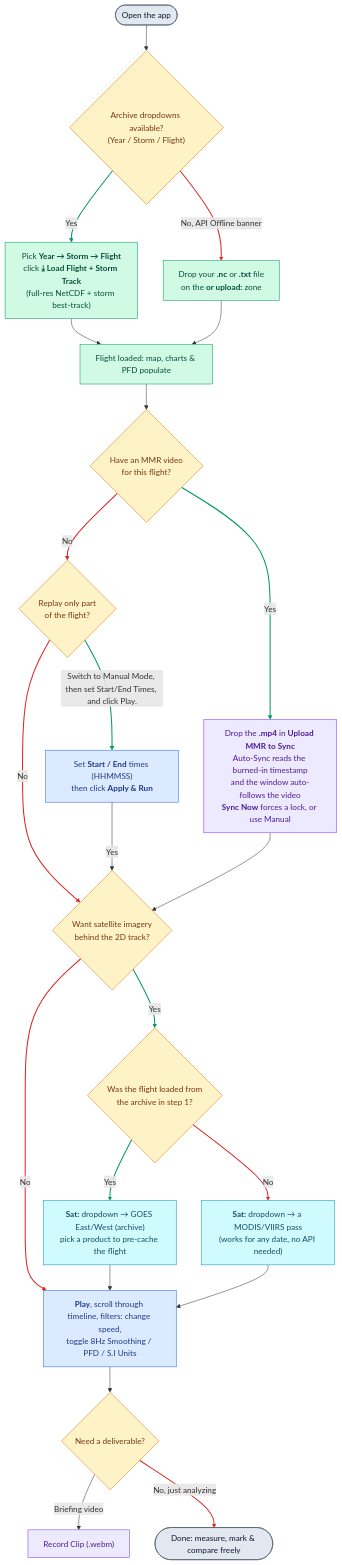
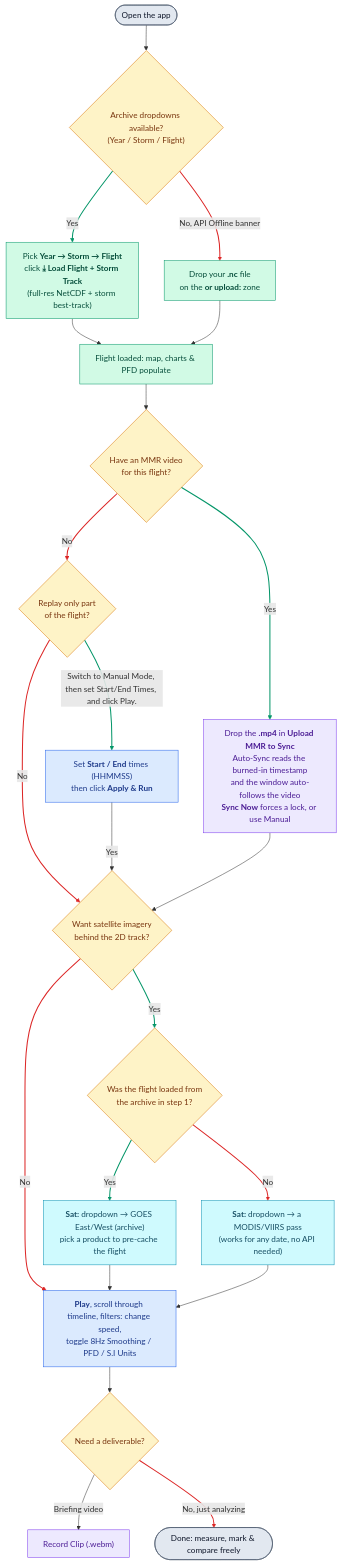
The diagram in README.md (diegoxb07/AOCVisualizer), drawn with Mermaid before and after one commit. The commit also changed other lines of this file and 10 other files, not shown here.

````diff
--- a/README.md
+++ b/README.md
@@ -17,40 +17,40 @@
 ```mermaid
 flowchart TD
     START(["Open the app"]) --> ARCHIVE{"Archive dropdowns available?<br>(Year / Storm / Flight)"}
     ARCHIVE -- "Yes" --> LOADARC["Pick <b>Year → Storm → Flight</b><br>click <b>⤓ Load Flight + Storm Track</b><br>(full-res NetCDF + storm best-track)"]
-    ARCHIVE -- "No, API Offline banner" --> UPLOAD["Drop your <b>.nc</b> or <b>.txt</b> file<br>on the <b>or upload:</b> zone"]
+    ARCHIVE -- "No, API Offline banner" --> UPLOAD["Drop your <b>.nc</b> file<br>on the <b>or upload:</b> zone"]
     LOADARC --> LOADED["Flight loaded: map, charts & PFD populate"]
     UPLOAD --> LOADED
     LOADED --> MMR{"Have an MMR video<br>for this flight?"}
     MMR -- "Yes" --> VIDEO["Drop the <b>.mp4</b> in <b>Upload MMR to Sync</b><br>Auto-Sync reads the burned-in timestamp<br>and the window auto-follows the video<br><b>Sync Now</b> forces a lock, or use Manual"]
     MMR -- "No" --> WINDOW{"Replay only part<br>of the flight?"}
     WINDOW -- "Switch to Manual Mode, then set Start/End Times, and click Play." --> TRIM["Set <b>Start / End</b> times (HHMMSS)<br>then click <b>Apply & Run</b>"]
     WINDOW -- "No" --> SAT{"Want satellite imagery<br>behind the 2D track?"}
     TRIM -- "Yes" --> SAT
     VIDEO --> SAT
     SAT -- "Yes" --> FROMARC{"Was the flight loaded from<br>the archive in step 1?"}
     FROMARC -- "Yes" --> SATGOES["<b>Sat:</b> dropdown → GOES East/West (archive)<br>pick a product to pre-cache the flight"]
     FROMARC -- "No" --> SATPOLAR["<b>Sat:</b> dropdown → a MODIS/VIIRS pass<br>(works for any date, no API needed)"]
     SAT -- "No" --> PLAY["<b>Play</b>, scroll through timeline, filters: change speed,<br>toggle 8Hz Smoothing / PFD / S.I Units"]
     SATGOES --> PLAY
     SATPOLAR --> PLAY
     PLAY --> EXPORT{"Need a deliverable?"}
     EXPORT -- "Briefing video" --> CLIP["Record Clip (.webm)"]
     EXPORT -- "No, just analyzing" --> DONE(["Done: measure, mark & compare freely"])
 
     classDef decision fill:#fef3c7,stroke:#d97706,color:#78350f
     classDef data fill:#d1fae5,stroke:#059669,color:#064e3b
     classDef mmr fill:#ede9fe,stroke:#7c3aed,color:#4c1d95
     classDef sat fill:#cffafe,stroke:#0891b2,color:#164e63
     classDef playback fill:#dbeafe,stroke:#2563eb,color:#1e3a8a
     classDef term fill:#e2e8f0,stroke:#475569,color:#0f172a
     class ARCHIVE,MMR,WINDOW,SAT,FROMARC,EXPORT decision
     class LOADARC,UPLOAD,LOADED data
     class VIDEO,CLIP mmr
     class SATGOES,SATPOLAR sat
     class TRIM,PLAY playback
     class START,DONE term
     %% linkStyle numbers = edge definition order above; update them if edges are added or reordered
     linkStyle 1,6,8,12,13 stroke:#059669,stroke-width:2px
     linkStyle 2,7,9,14,15,20 stroke:#dc2626,stroke-width:2px
 ```
````
